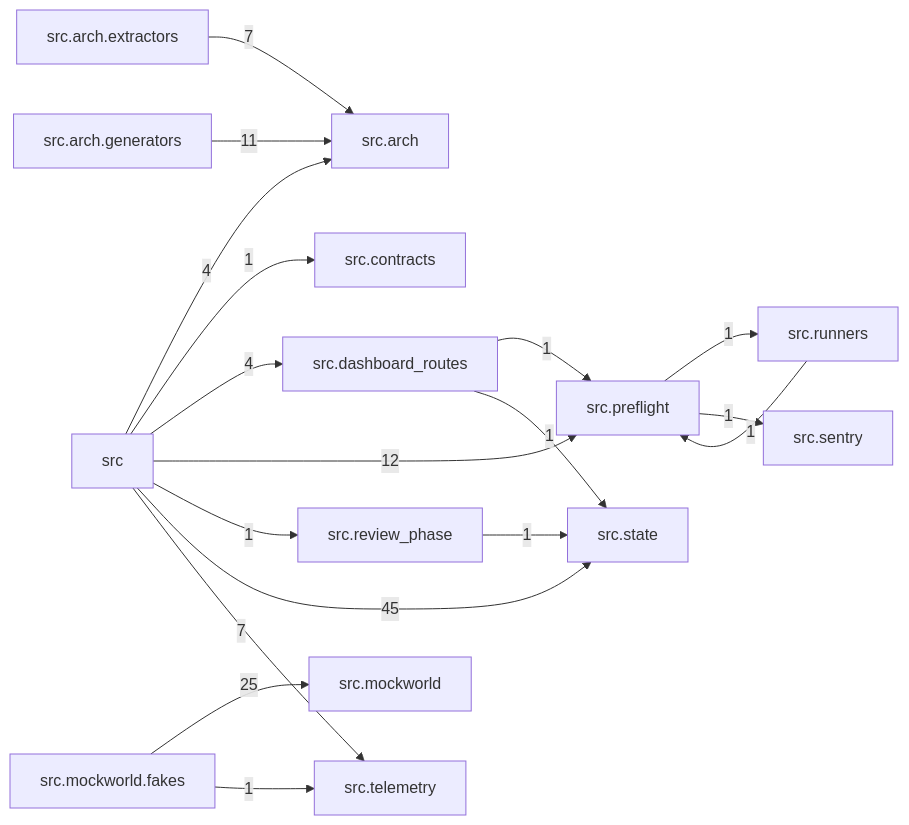
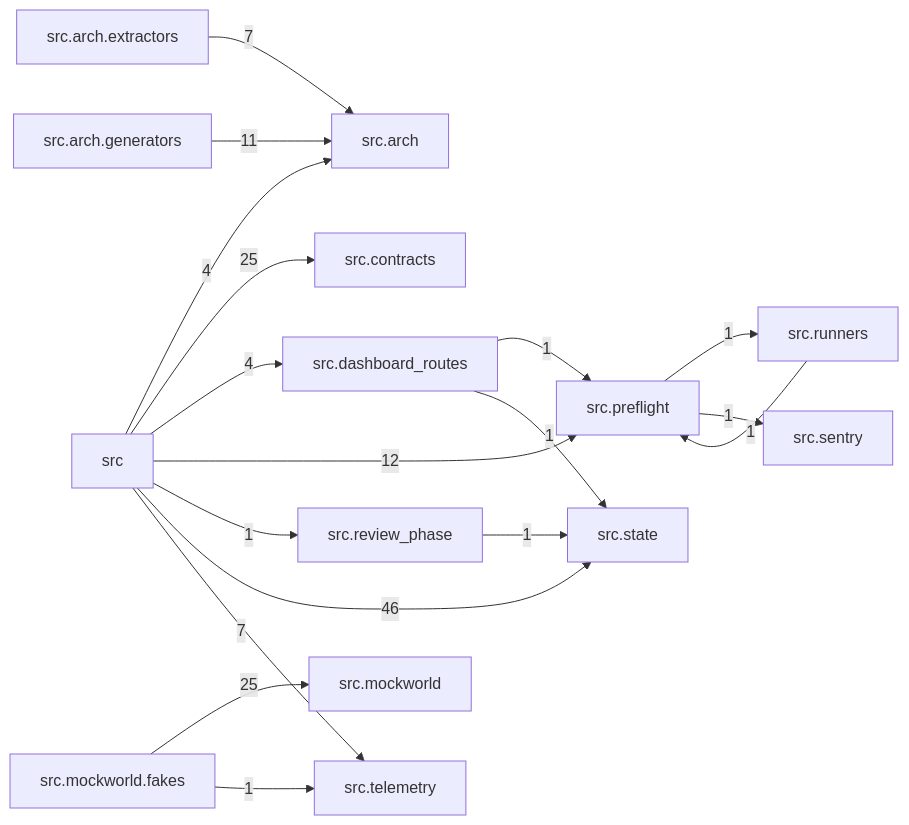
One commit to T-rav/hyrdaflow changed the diagram in docs/arch/generated/modules.md. Above: the diagram before and after it, drawn with Mermaid. The commit also changed other lines of this file and 10 other files, not shown here.

````diff
--- a/docs/arch/generated/modules.md
+++ b/docs/arch/generated/modules.md
@@ -7,34 +7,34 @@
 ```mermaid
 graph LR
     src["src"]
     src_arch["src.arch"]
     src_arch_extractors["src.arch.extractors"]
     src_arch_generators["src.arch.generators"]
     src_contracts["src.contracts"]
     src_dashboard_routes["src.dashboard_routes"]
     src_mockworld["src.mockworld"]
     src_mockworld_fakes["src.mockworld.fakes"]
     src_preflight["src.preflight"]
     src_review_phase["src.review_phase"]
     src_runners["src.runners"]
     src_sentry["src.sentry"]
     src_state["src.state"]
     src_telemetry["src.telemetry"]
     src -- "4" --> src_arch
-    src -- "1" --> src_contracts
+    src -- "25" --> src_contracts
     src -- "4" --> src_dashboard_routes
     src -- "12" --> src_preflight
     src -- "1" --> src_review_phase
-    src -- "45" --> src_state
+    src -- "46" --> src_state
     src -- "7" --> src_telemetry
     src_arch_extractors -- "7" --> src_arch
     src_arch_generators -- "11" --> src_arch
     src_dashboard_routes -- "1" --> src_preflight
     src_dashboard_routes -- "1" --> src_state
     src_mockworld_fakes -- "25" --> src_mockworld
     src_mockworld_fakes -- "1" --> src_telemetry
     src_preflight -- "1" --> src_runners
     src_preflight -- "1" --> src_sentry
     src_review_phase -- "1" --> src_state
     src_runners -- "1" --> src_preflight
 ```
````
